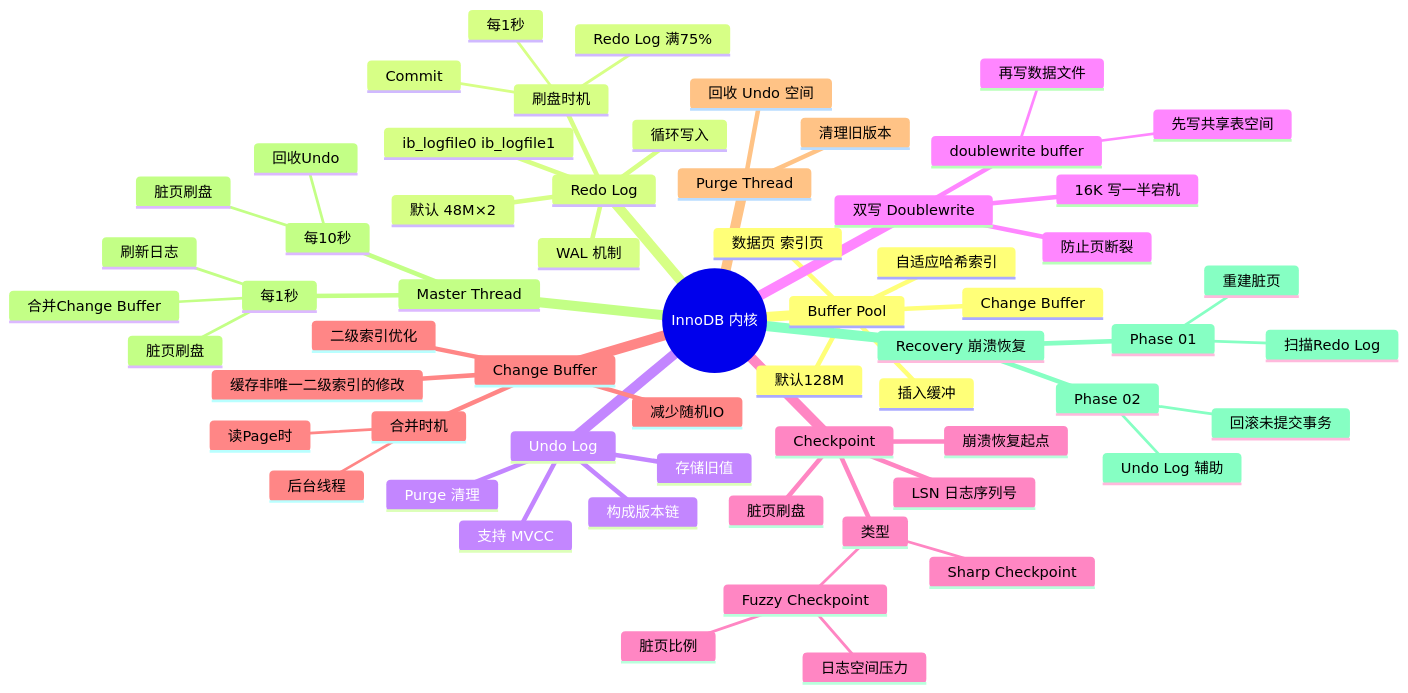
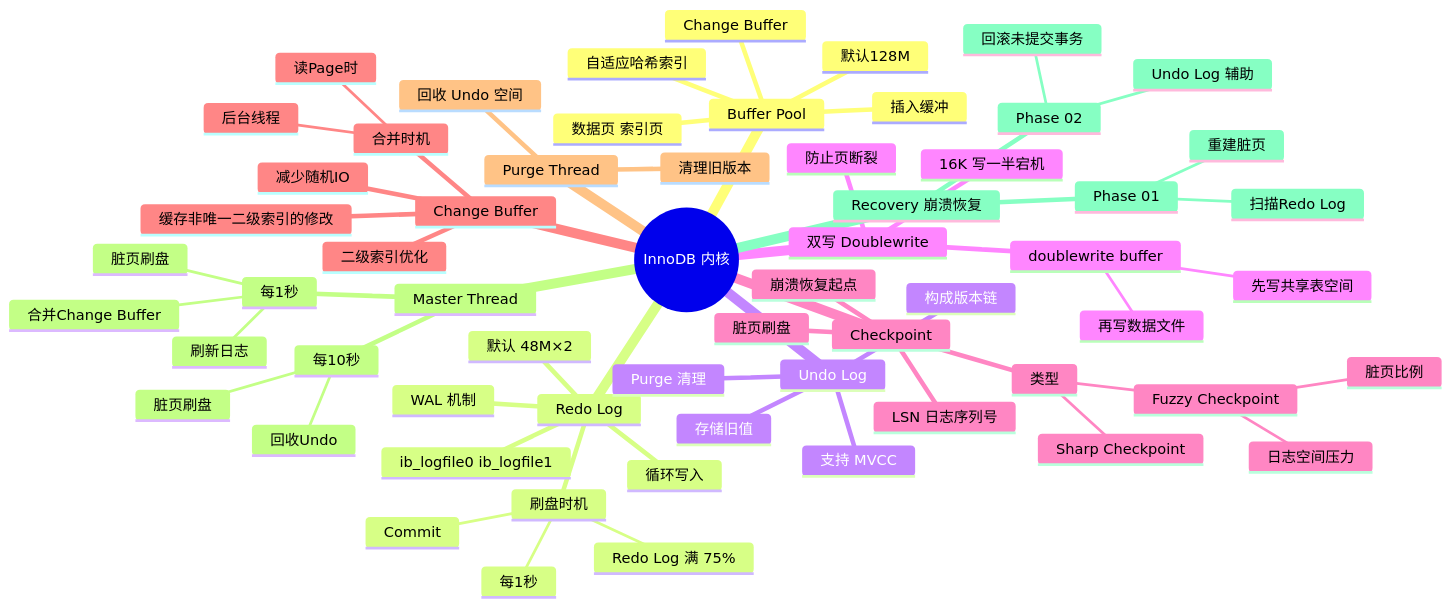
One commit to jingyu525/mysql-first-principles changed the ninth of 11 diagrams in appendix/mind-maps/README.md. Above: the diagram before and after it, drawn with Mermaid. The commit also changed other lines of this file, not shown here.

Commit message:
fix: 修复 Mermaid 思维导图中特殊字符导致的 GitHub 渲染失败

````diff
--- a/appendix/mind-maps/README.md
+++ b/appendix/mind-maps/README.md
@@ -437,64 +437,64 @@
 ```mermaid
 mindmap
   root((InnoDB 内核))
     Buffer Pool
       默认128M
       数据页 索引页
       插入缓冲
       自适应哈希索引
       Change Buffer
     Redo Log
       WAL 机制
       循环写入
       ib_logfile0 ib_logfile1
       默认 48M×2
       刷盘时机
         Commit
         每1秒
-        Redo Log 满75%
+        Redo Log 满 75%
     Undo Log
       存储旧值
       构成版本链
       支持 MVCC
       Purge 清理
     双写 Doublewrite
       防止页断裂
       16K 写一半宕机
       doublewrite buffer
         先写共享表空间
         再写数据文件
     Checkpoint
       LSN 日志序列号
       脏页刷盘
       崩溃恢复起点
       类型
         Sharp Checkpoint
         Fuzzy Checkpoint
           脏页比例
           日志空间压力
     Change Buffer
       二级索引优化
       缓存非唯一二级索引的修改
       减少随机IO
       合并时机
         读Page时
         后台线程
     Purge Thread
       清理旧版本
       回收 Undo 空间
     Master Thread
       每1秒
         刷新日志
         脏页刷盘
         合并Change Buffer
       每10秒
         脏页刷盘
         回收Undo
     Recovery 崩溃恢复
       Phase 01
         扫描Redo Log
         重建脏页
       Phase 02
         回滚未提交事务
         Undo Log 辅助
 ```
````
